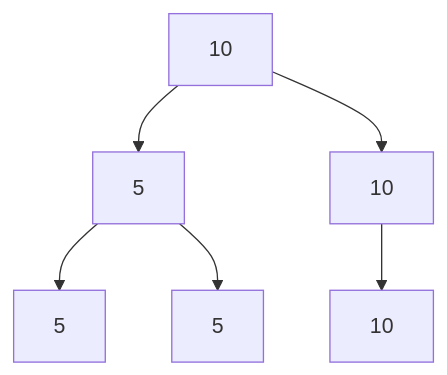
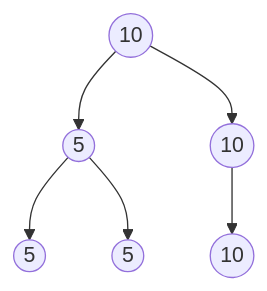
The ninth of 15 diagrams in cst/6binnode/Ex6a2binnode.md (3strategy/BeautifulMivney), drawn with Mermaid before and after one commit. The commit also changed other lines of this file and 3 other files, not shown here.

````diff
--- a/cst/6binnode/Ex6a2binnode.md
+++ b/cst/6binnode/Ex6a2binnode.md
@@ -169,8 +169,8 @@
     ```mermaid
     flowchart TB
-      A[10] --> B[5]
-      A --> C[10]
-      B --> D[5]:::leaf
-      B --> E[5]:::leaf
-      C --> F[10]:::leaf
+      A((10)) --> B((5))
+      A --> C((10))
+      B --> D((5)):::leaf
+      B --> E((5)):::leaf
+      C --> F((10)):::leaf
     ```
````
